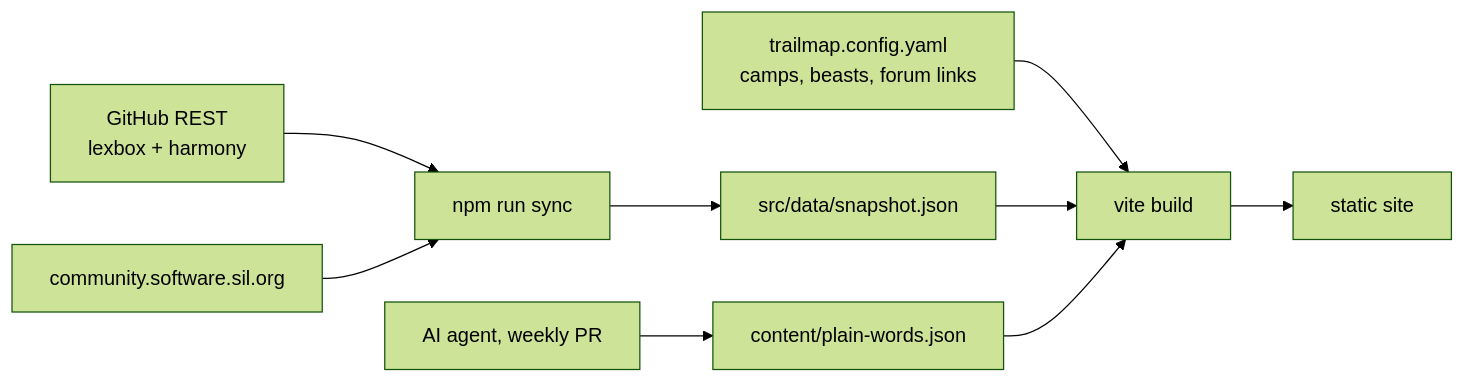
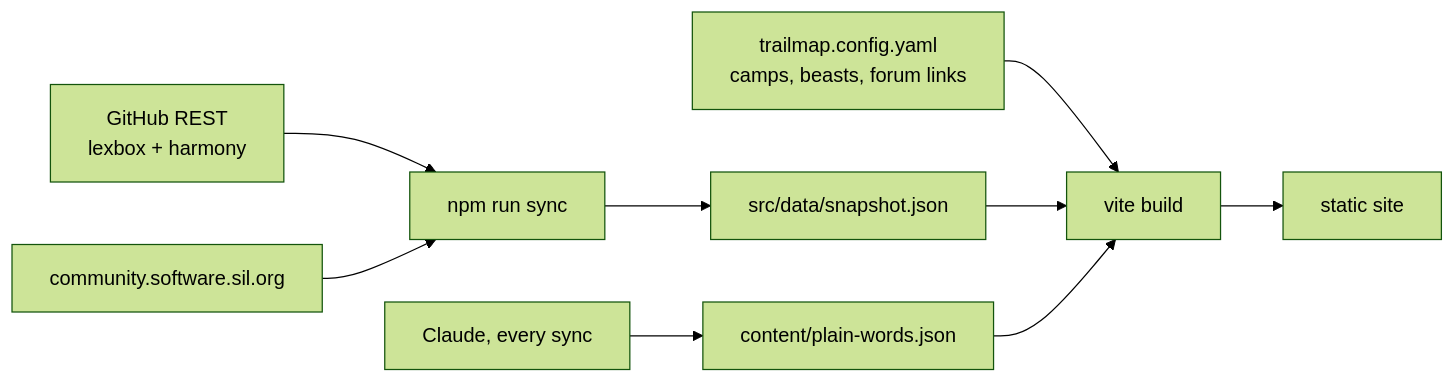
Before and after one commit to myieye/fwlite-trailmap: the diagram in README.md, drawn with Mermaid (forest theme). The commit also changed other lines of this file and 7 other files, not shown here.

First line of the commit message:
Write plain titles autonomously on every sync

````diff
--- a/README.md
+++ b/README.md
@@ -13,8 +13,8 @@
 ```mermaid
 flowchart LR
   config[trailmap.config.yaml<br/>camps, beasts, forum links] --> build
   gh[GitHub REST<br/>lexbox + harmony] --> sync[npm run sync]
   forum[community.software.sil.org] --> sync
   sync --> snap[src/data/snapshot.json] --> build[vite build] --> site[static site]
-  agent[AI agent, weekly PR] --> plain[content/plain-words.json] --> build
+  agent[Claude, every sync] --> plain[content/plain-words.json] --> build
 ```
````
